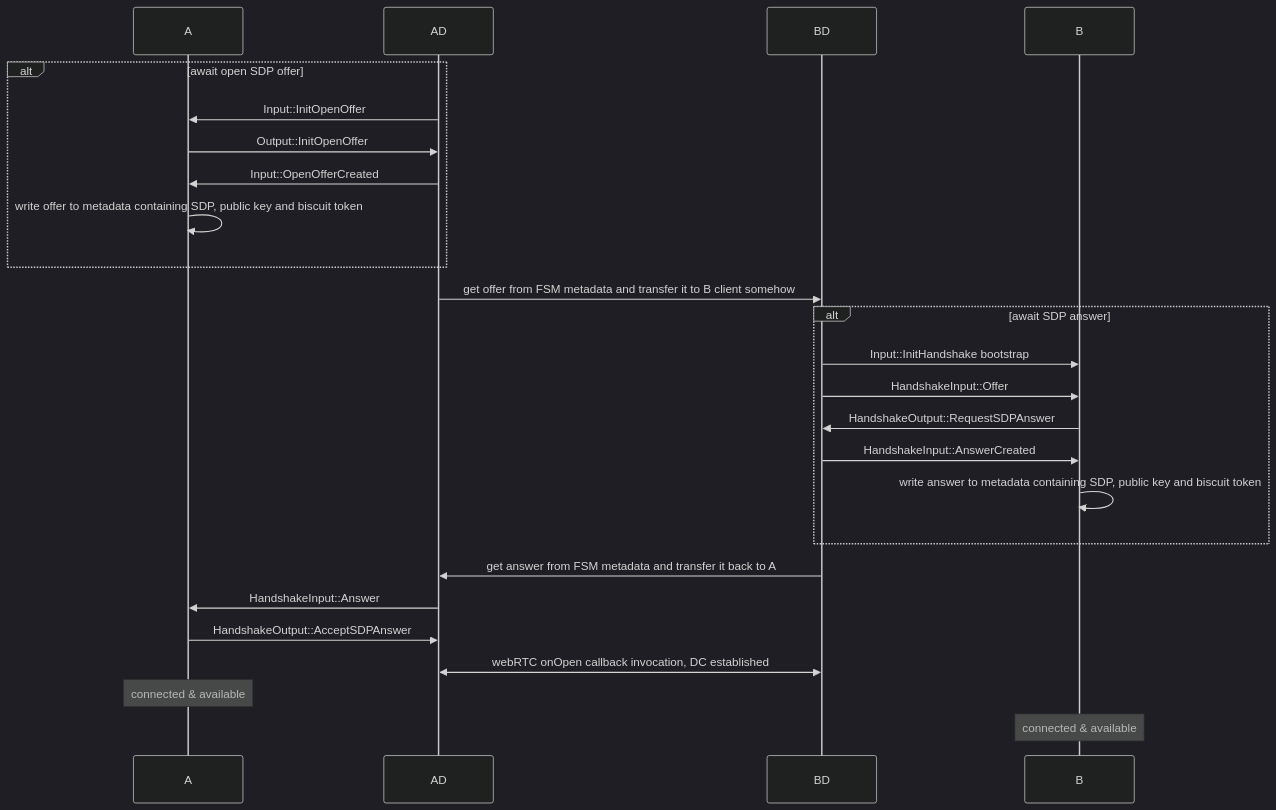
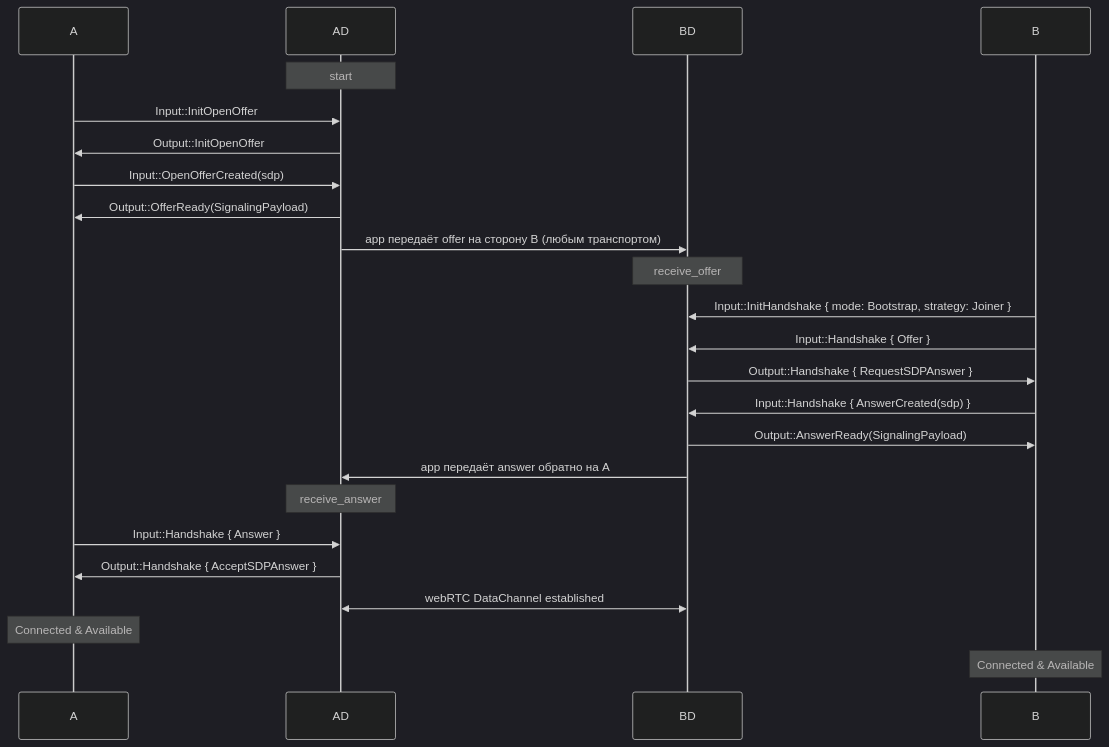
The third of 6 diagrams in docs/protocol.md (PixelQuasar/antenna), drawn with Mermaid (dark theme) before and after one commit. The commit also changed other lines of this file and 1 other file, not shown here.

````diff
--- a/docs/protocol.md
+++ b/docs/protocol.md
@@ -253,30 +252,32 @@
 ```mermaid
 sequenceDiagram
     participant A
     participant AD
     participant BD
     participant B
 
-    alt await open SDP offer
-        AD ->> A: Input::InitOpenOffer
-        A ->> AD: Output::InitOpenOffer
-        AD ->> A: Input::OpenOfferCreated
-        A ->> A: write offer to metadata containing SDP, public key and biscuit token
-    end
-    AD ->> BD: get offer from FSM metadata and transfer it to B client somehow
 
-    alt await SDP answer
-        BD ->> B: Input::InitHandshake bootstrap
-        BD ->> B: HandshakeInput::Offer
-        B ->> BD: HandshakeOutput::RequestSDPAnswer
-        BD ->> B: HandshakeInput::AnswerCreated
-        B ->> B: write answer to metadata containing SDP, public key and biscuit token
-    end
+    note over AD: start
+    A ->> AD: Input::InitOpenOffer
+    AD ->> A: Output::InitOpenOffer
+    A ->> AD: Input::OpenOfferCreated(sdp)
+    AD ->> A: Output::OfferReady(SignalingPayload)
 
-    BD ->> AD: get answer from FSM metadata and transfer it back to A
-    AD ->> A: HandshakeInput::Answer
-    A ->> AD: HandshakeOutput::AcceptSDPAnswer
-    AD <<->> BD: webRTC onOpen callback invocation, DC established
-    note over A: connected & available
-    note over B: connected & available
+    AD ->> BD: app передаёт offer на сторону B (любым транспортом)
+
+    note over BD: receive_offer
+    B ->> BD: Input::InitHandshake { mode: Bootstrap, strategy: Joiner }
+    B ->> BD: Input::Handshake { Offer }
+    BD ->> B: Output::Handshake { RequestSDPAnswer }
+    B ->> BD: Input::Handshake { AnswerCreated(sdp) }
+    BD ->> B: Output::AnswerReady(SignalingPayload)
+
+    BD ->> AD: app передаёт answer обратно на A
+
+    note over AD: receive_answer
+    A ->> AD: Input::Handshake { Answer }
+    AD ->> A: Output::Handshake { AcceptSDPAnswer }
+    AD <<->> BD: webRTC DataChannel established
+    note over A: Connected & Available
+    note over B: Connected & Available
 ```
````
